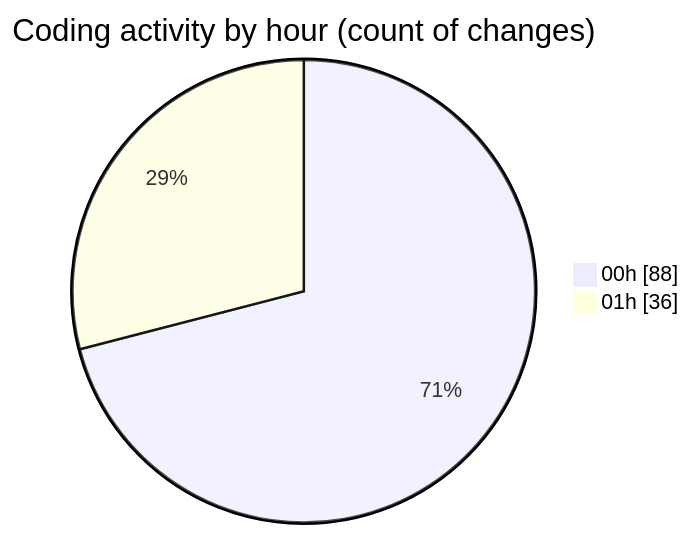
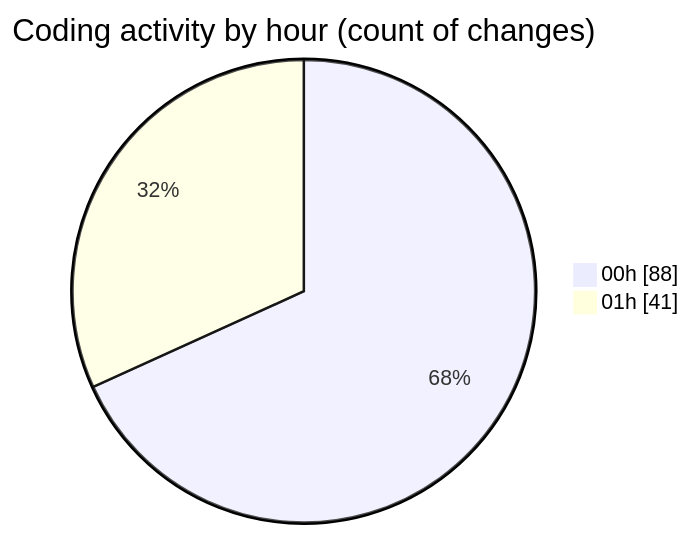
The second of 2 diagrams in 2025-08-16/rentotp/README.md (lephambinh05/code-tracking), drawn with Mermaid before and after one commit. The commit also changed other lines of this file and 2 other files, not shown here.

````diff
--- a/2025-08-16/rentotp/README.md
+++ b/2025-08-16/rentotp/README.md
@@ -46,6 +46,6 @@
 ```mermaid
 pie showData
 title Coding activity by hour (count of changes)
 "00h" : 88
-"01h" : 36
+"01h" : 41
 ```
````
